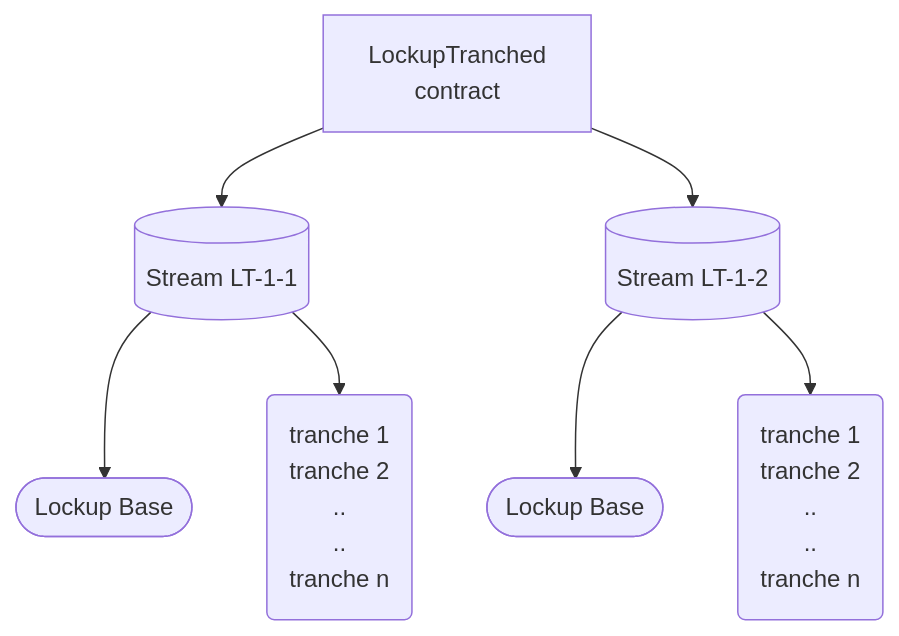
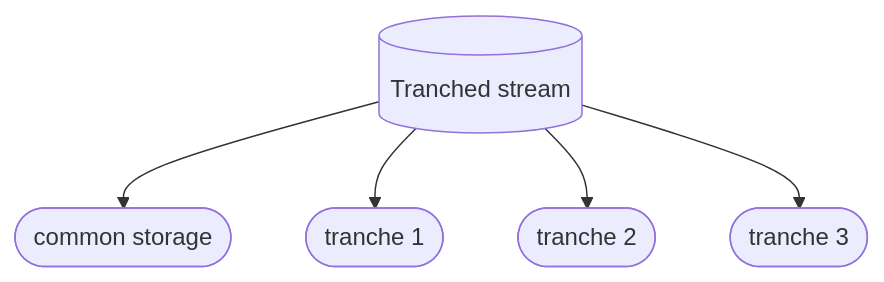
One commit to sablier-labs/docs changed the sixth of 7 diagrams in docs/reference/lockup/01-diagrams.md. Above: the diagram before and after it, drawn with Mermaid. The commit also changed other lines of this file and 260 other files, not shown here.

First line of the commit message:
refactor docs for Lockup v2.0, Flow v1.1 and Airdrops v1.3 (#238)

````diff
--- a/docs/reference/lockup/01-diagrams.md
+++ b/docs/reference/lockup/01-diagrams.md
@@ -113,28 +117,13 @@
 ```mermaid
 flowchart TD;
-  C["LockupTranched\ncontract"];
+  L[(Tranched stream)];
 
-  S0[(Stream LT-1-1)];
-  P0([Lockup Base]);
-  tranches0(tranche 1
-            tranche 2
-            ..
-            ..
-            tranche n
-  );
-  S0 --> P0;
-  S0 --> tranches0;
-  C --> S0;
-
-  S1[(Stream LT-1-2)];
-  P2([Lockup Base]);
-  tranches1(tranche 1
-            tranche 2
-            ..
-            ..
-            tranche n
-  );
-  S1 --> P2;
-  S1 --> tranches1;
-  C --> S1;
+  S0([common storage])
+  S1([tranche 1])
+  S2([tranche 2])
+  S3([tranche 3])
+  L --> S0;
+  L --> S1;
+  L --> S2;
+  L --> S3;
 ```
````
